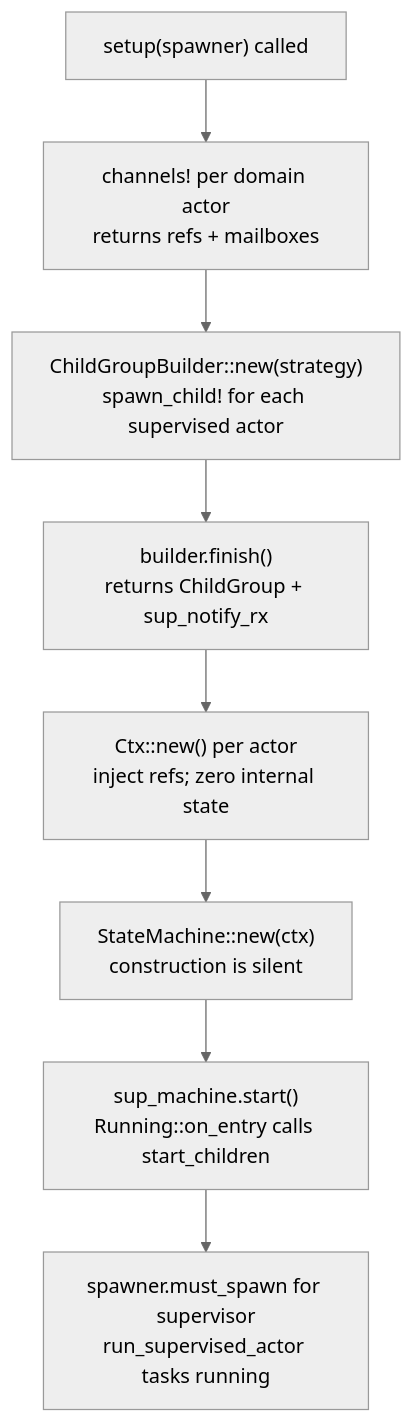
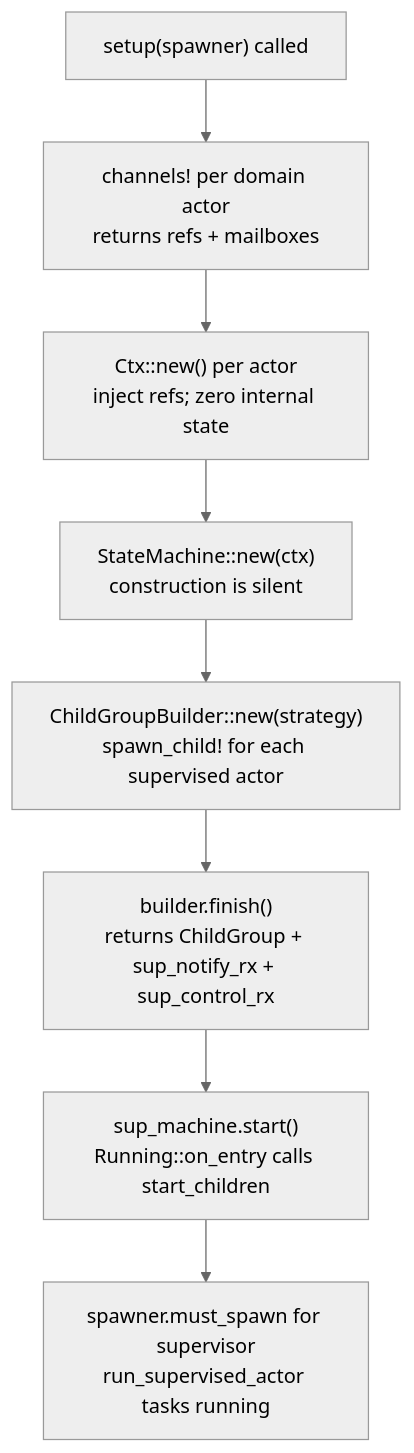
The diagram in spec/architecture/09-application.md (bloxide-com/bloxide), drawn with Mermaid (neutral theme) before and after one commit. The commit also changed other lines of this file and 215 other files, not shown here.

````diff
--- a/spec/architecture/09-application.md
+++ b/spec/architecture/09-application.md
@@ -48,11 +48,11 @@
 ```mermaid
 flowchart TD
     A["setup(spawner) called"] --> B
     B["channels! per domain actor\nreturns refs + mailboxes"] --> C
-    C["ChildGroupBuilder::new(strategy)\nspawn_child! for each supervised actor"] --> D
-    D["builder.finish()\nreturns ChildGroup + sup_notify_rx"] --> E
-    E["Ctx::new() per actor\ninject refs; zero internal state"] --> F
-    F["StateMachine::new(ctx)\nconstruction is silent"] --> G
+    C["Ctx::new() per actor\ninject refs; zero internal state"] --> D
+    D["StateMachine::new(ctx)\nconstruction is silent"] --> E
+    E["ChildGroupBuilder::new(strategy)\nspawn_child! for each supervised actor"] --> F
+    F["builder.finish()\nreturns ChildGroup + sup_notify_rx + sup_control_rx"] --> G
     G["sup_machine.start()\nRunning::on_entry calls start_children"] --> H
     H["spawner.must_spawn for supervisor\nrun_supervised_actor tasks running"]
 ```
````
